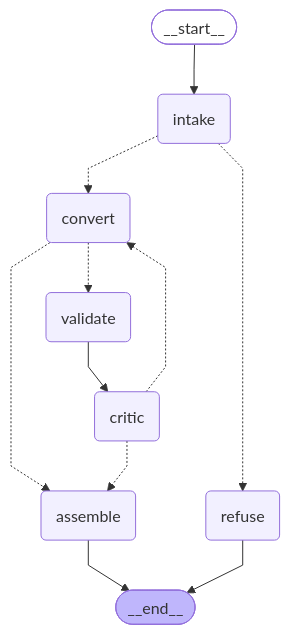
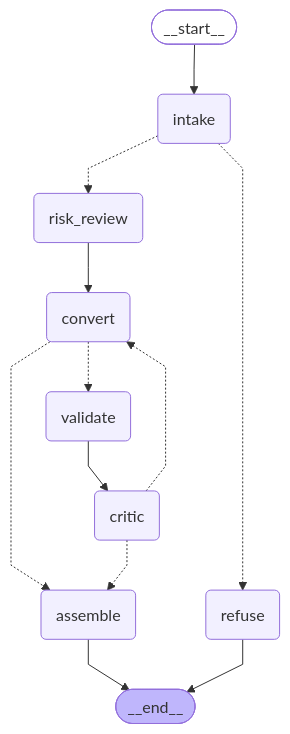
The diagram in README.md (varunbhatt2193/selenium2playwright), drawn with Mermaid before and after one commit. The commit also changed other lines of this file and 11 other files, not shown here.

````diff
--- a/README.md
+++ b/README.md
@@ -29,29 +31,31 @@
 ```mermaid
 ---
 config:
   flowchart:
     curve: linear
 ---
 graph TD;
 	__start__([<p>__start__</p>]):::first
 	intake(intake)
+	risk_review(risk_review)
 	convert(convert)
 	refuse(refuse)
 	validate(validate)
 	critic(critic)
 	assemble(assemble)
 	__end__([<p>__end__</p>]):::last
 	__start__ --> intake;
 	convert -.-> assemble;
 	convert -.-> validate;
 	critic -.-> assemble;
 	critic -.-> convert;
-	intake -.-> convert;
 	intake -.-> refuse;
+	intake -.-> risk_review;
+	risk_review --> convert;
 	validate --> critic;
 	assemble --> __end__;
 	refuse --> __end__;
 	classDef default fill:#f2f0ff,line-height:1.2
 	classDef first fill-opacity:0
 	classDef last fill:#bfb6fc
 ```
````
